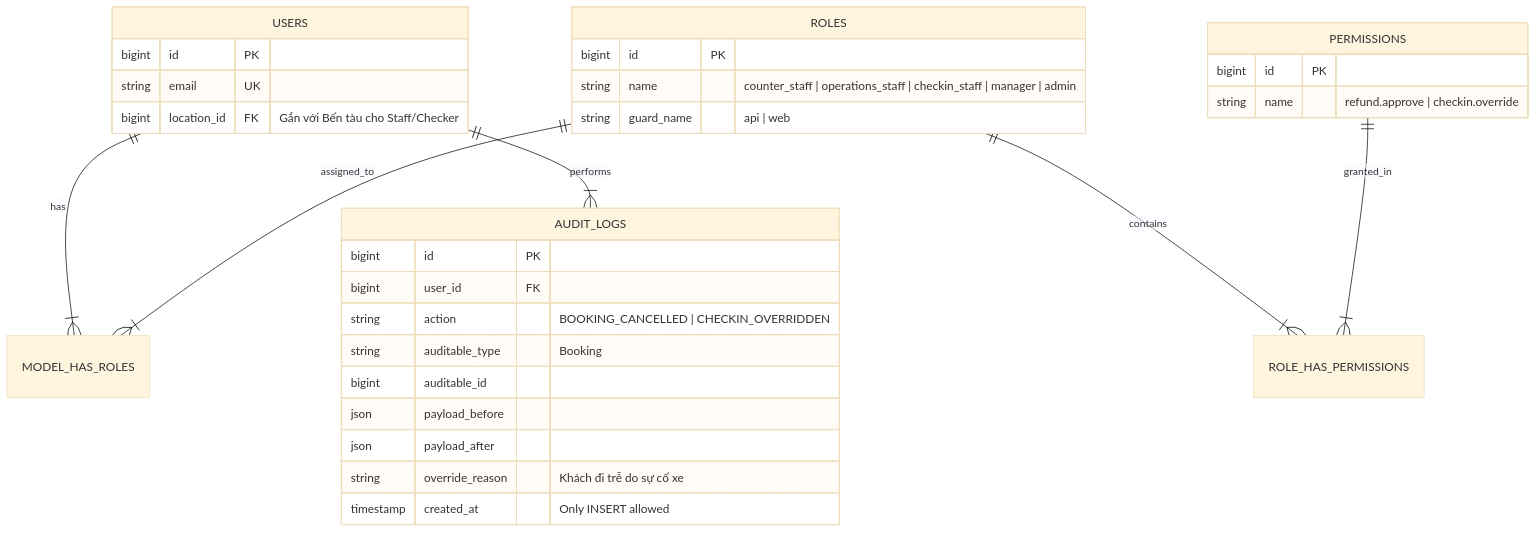
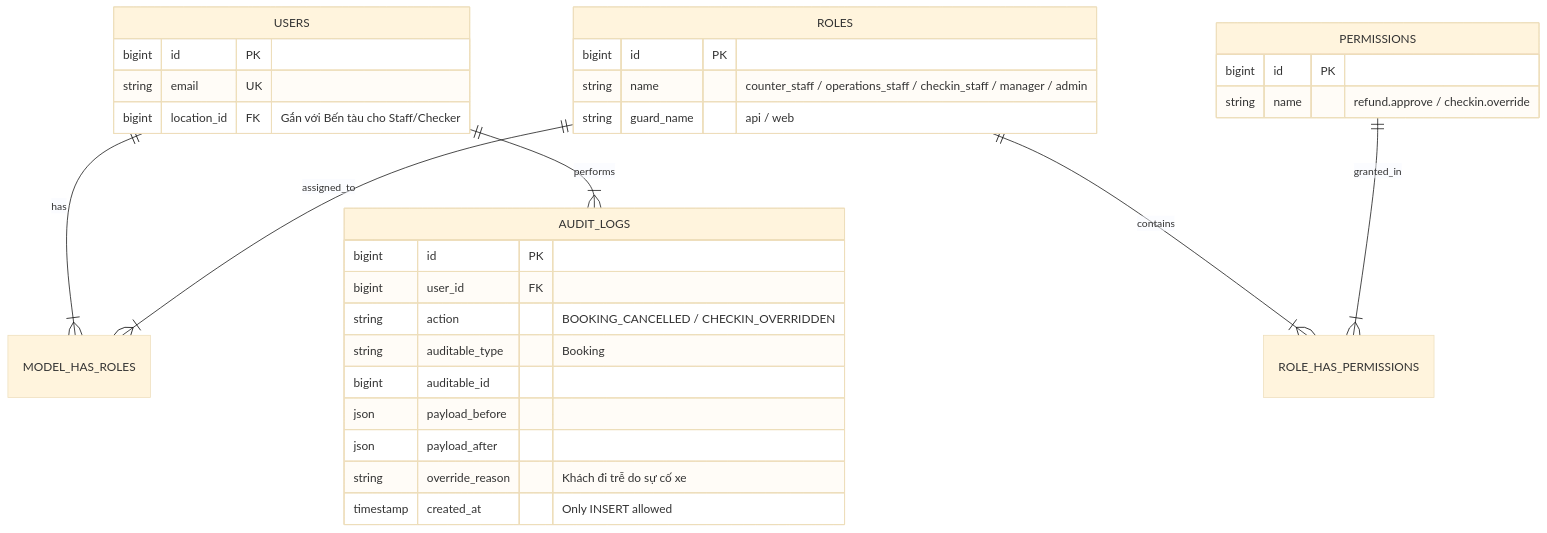
Before and after one commit to tomone2kd000-ux/superdong-booking-system: the diagram in content/docs/chuong-06-van-hanh-ca-ban-ve-audit-va-cronjob/03-rbac-station-scoped-va-audit-log-append-only.mdx, drawn with Mermaid (base theme). The commit also changed 17 other files, not shown here.

Commit message:
fix: resolve Mermaid erDiagram syntax warnings across all MDX files

````diff
--- a/content/docs/chuong-06-van-hanh-ca-ban-ve-audit-va-cronjob/03-rbac-station-scoped-va-audit-log-append-only.mdx
+++ b/content/docs/chuong-06-van-hanh-ca-ban-ve-audit-va-cronjob/03-rbac-station-scoped-va-audit-log-append-only.mdx
@@ -40,37 +40,37 @@
 ```mermaid
 erDiagram
     USERS ||--|{ MODEL_HAS_ROLES : has
     ROLES ||--|{ MODEL_HAS_ROLES : assigned_to
     ROLES ||--|{ ROLE_HAS_PERMISSIONS : contains
     PERMISSIONS ||--|{ ROLE_HAS_PERMISSIONS : granted_in
     USERS ||--|{ AUDIT_LOGS : performs
 
     USERS {
         bigint id PK
         string email UK
         bigint location_id FK "Gắn với Bến tàu cho Staff/Checker"
     }
 
     ROLES {
         bigint id PK
-        string name "counter_staff | operations_staff | checkin_staff | manager | admin"
-        string guard_name "api | web"
+        string name "counter_staff / operations_staff / checkin_staff / manager / admin"
+        string guard_name "api / web"
     }
 
     PERMISSIONS {
         bigint id PK
-        string name "refund.approve | checkin.override"
+        string name "refund.approve / checkin.override"
     }
 
     AUDIT_LOGS {
         bigint id PK
         bigint user_id FK
-        string action "BOOKING_CANCELLED | CHECKIN_OVERRIDDEN"
+        string action "BOOKING_CANCELLED / CHECKIN_OVERRIDDEN"
         string auditable_type "Booking"
         bigint auditable_id
         json payload_before
         json payload_after
         string override_reason "Khách đi trễ do sự cố xe"
         timestamp created_at "Only INSERT allowed"
     }
 ```
````
